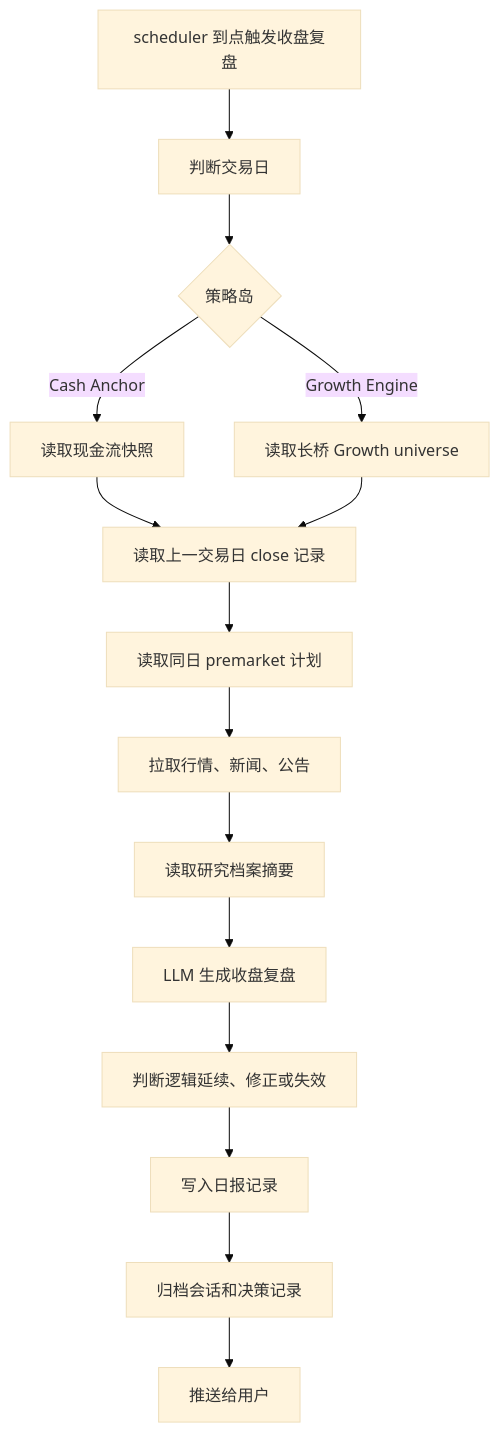
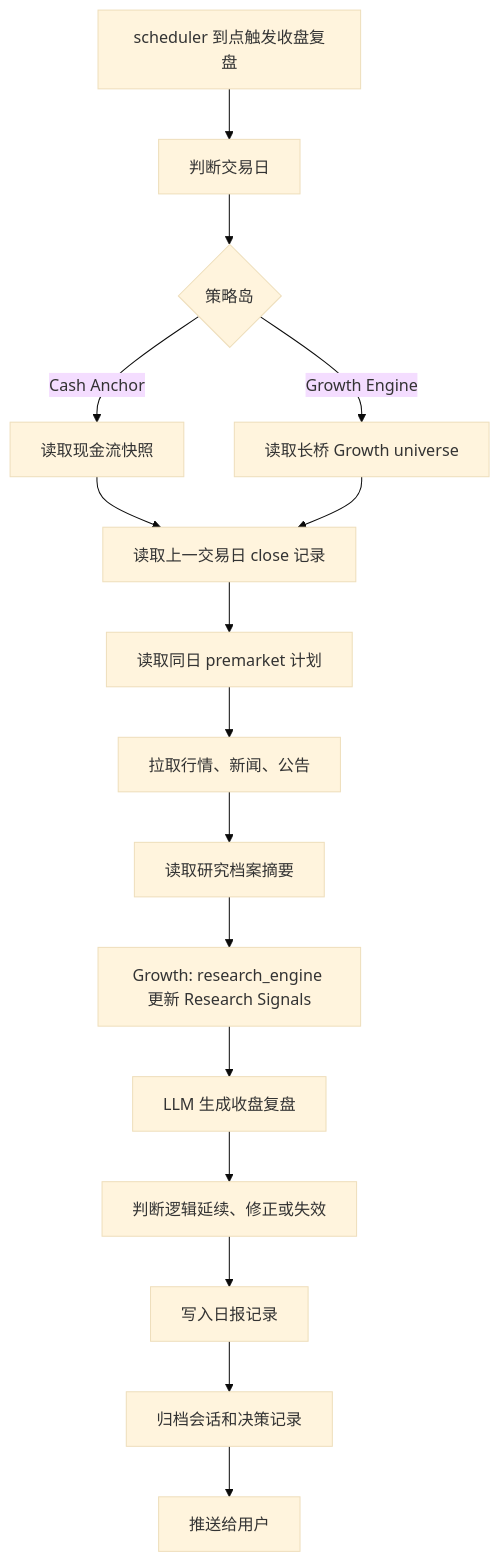
One commit to dyccodehome/private-investment-butler changed the second of 4 diagrams in docs/需求分析文档.md. Above: the diagram before and after it, drawn with Mermaid (base theme). The commit also changed other lines of this file and 10 other files, not shown here.

Commit message:
Add Growth research engine MVP

````diff
--- a/docs/需求分析文档.md
+++ b/docs/需求分析文档.md
@@ -181,17 +210,18 @@
 ```mermaid
 flowchart TD
   A["scheduler 到点触发收盘复盘"] --> B["判断交易日"]
   B --> C{"策略岛"}
   C -- "Cash Anchor" --> D["读取现金流快照"]
   C -- "Growth Engine" --> E["读取长桥 Growth universe"]
   D --> F["读取上一交易日 close 记录"]
   E --> F
   F --> G["读取同日 premarket 计划"]
   G --> H["拉取行情、新闻、公告"]
   H --> I["读取研究档案摘要"]
-  I --> J["LLM 生成收盘复盘"]
-  J --> K["判断逻辑延续、修正或失效"]
-  K --> L["写入日报记录"]
-  L --> M["归档会话和决策记录"]
-  M --> N["推送给用户"]
+  I --> J["Growth: research_engine 更新 Research Signals"]
+  J --> K["LLM 生成收盘复盘"]
+  K --> L["判断逻辑延续、修正或失效"]
+  L --> M["写入日报记录"]
+  M --> N["归档会话和决策记录"]
+  N --> O["推送给用户"]
 ```
````
